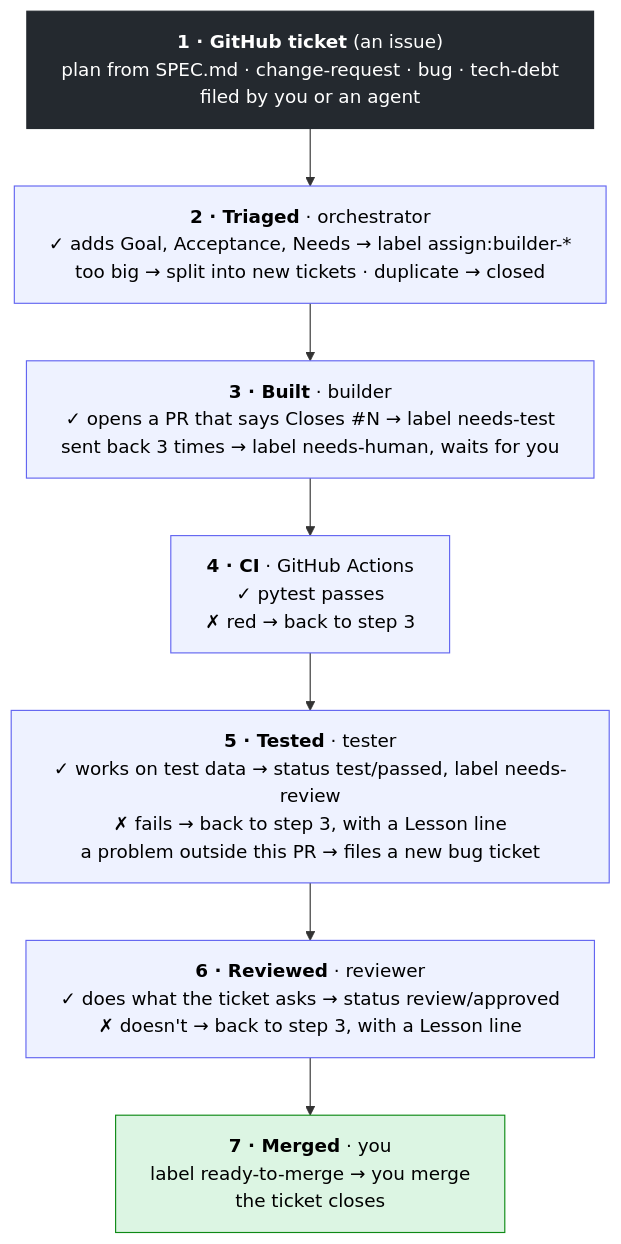
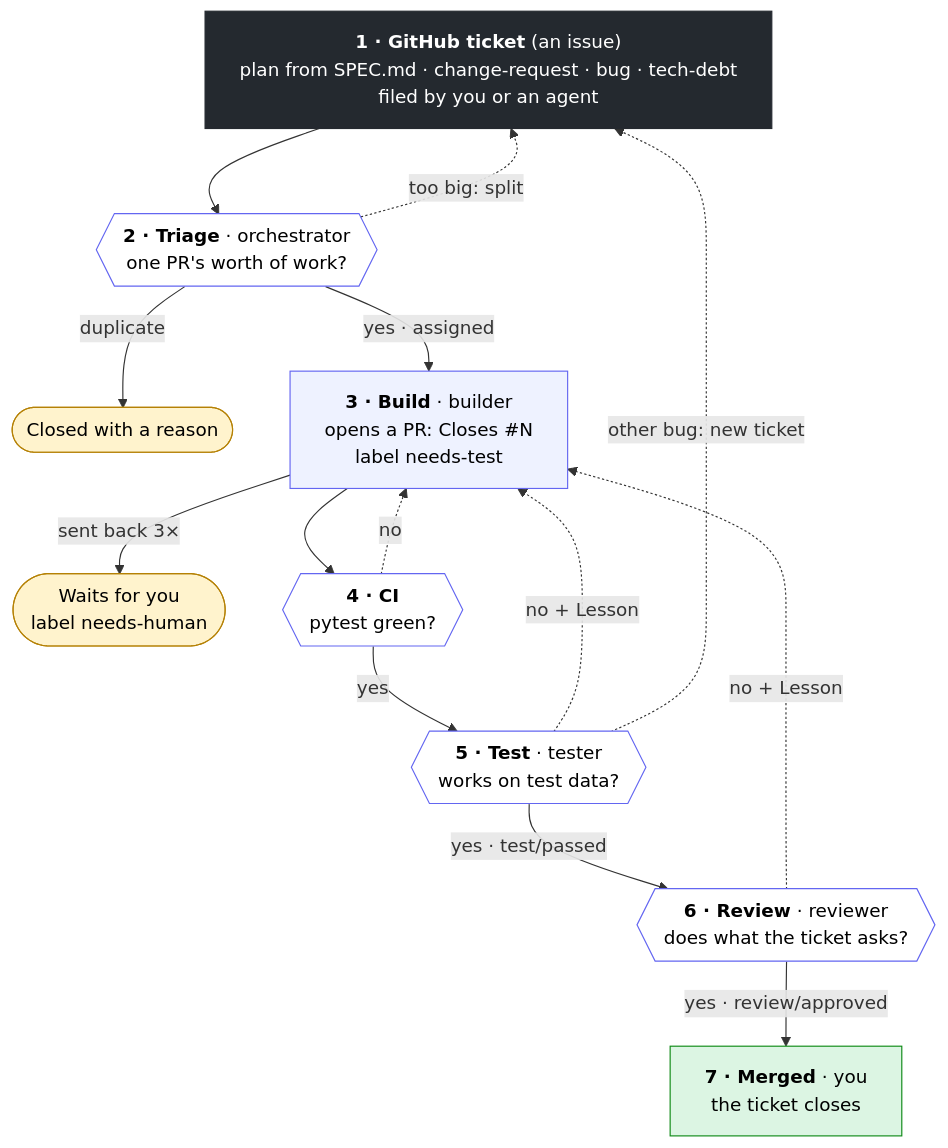
The diagram in agents/WORKFLOW.md (nikhil-kunapareddy/daily-briefing), drawn with Mermaid before and after one commit. The commit also changed other lines of this file, not shown here.

Commit message:
Redraw the ticket diagram with yes/no branches and dashed loop-backs

````diff
--- a/agents/WORKFLOW.md
+++ b/agents/WORKFLOW.md
@@ -11,20 +11,38 @@
 ```mermaid
-%%{init: {"flowchart": {"wrappingWidth": 460}}}%%
+%%{init: {"flowchart": {"wrappingWidth": 440}}}%%
 flowchart TD
-  S1["<b>1 · GitHub ticket</b> (an issue)<br/>plan from SPEC.md · change-request · bug · tech-debt<br/>filed by you or an agent"]
-  S2["<b>2 · Triaged</b> · orchestrator<br/>✓ adds Goal, Acceptance, Needs → label assign:builder-*<br/>too big → split into new tickets · duplicate → closed"]
-  S3["<b>3 · Built</b> · builder<br/>✓ opens a PR that says Closes #N → label needs-test<br/>sent back 3 times → label needs-human, waits for you"]
-  S4["<b>4 · CI</b> · GitHub Actions<br/>✓ pytest passes<br/>✗ red → back to step 3"]
-  S5["<b>5 · Tested</b> · tester<br/>✓ works on test data → status test/passed, label needs-review<br/>✗ fails → back to step 3, with a Lesson line<br/>a problem outside this PR → files a new bug ticket"]
-  S6["<b>6 · Reviewed</b> · reviewer<br/>✓ does what the ticket asks → status review/approved<br/>✗ doesn't → back to step 3, with a Lesson line"]
-  S7["<b>7 · Merged</b> · you<br/>label ready-to-merge → you merge<br/>the ticket closes"]
+  T["<b>1 · GitHub ticket</b> (an issue)<br/>plan from SPEC.md · change-request · bug · tech-debt<br/>filed by you or an agent"]
+  O{{"<b>2 · Triage</b> · orchestrator<br/>one PR's worth of work?"}}
+  X(["Closed with a reason"])
+  B["<b>3 · Build</b> · builder<br/>opens a PR: Closes #N<br/>label needs-test"]
+  H(["Waits for you<br/>label needs-human"])
+  C{{"<b>4 · CI</b><br/>pytest green?"}}
+  TE{{"<b>5 · Test</b> · tester<br/>works on test data?"}}
+  R{{"<b>6 · Review</b> · reviewer<br/>does what the ticket asks?"}}
+  M["<b>7 · Merged</b> · you<br/>the ticket closes"]
 
-  S1 --> S2 --> S3 --> S4 --> S5 --> S6 --> S7
+  T --> O
+  O -->|"yes · assigned"| B
+  O -->|"duplicate"| X
+  O -.->|"too big: split"| T
+  B --> C
+  B -->|"sent back 3×"| H
+  C -->|"yes"| TE
+  C -.->|"no"| B
+  TE -->|"yes · test/passed"| R
+  TE -.->|"no + Lesson"| B
+  TE -.->|"other bug: new ticket"| T
+  R -->|"yes · review/approved"| M
+  R -.->|"no + Lesson"| B
 
   classDef ticket fill:#24292f,stroke:#24292f,color:#fff
   classDef step fill:#eef2ff,stroke:#6366f1,color:#000
+  classDef check fill:#fff,stroke:#6366f1,color:#000
   classDef done fill:#dcf5e3,stroke:#0e8a16,color:#000
-  class S1 ticket
-  class S2,S3,S4,S5,S6 step
-  class S7 done
+  classDef side fill:#fff3cd,stroke:#b58105,color:#000
+  class T ticket
+  class B step
+  class O,C,TE,R check
+  class M done
+  class X,H side
 ```
````
